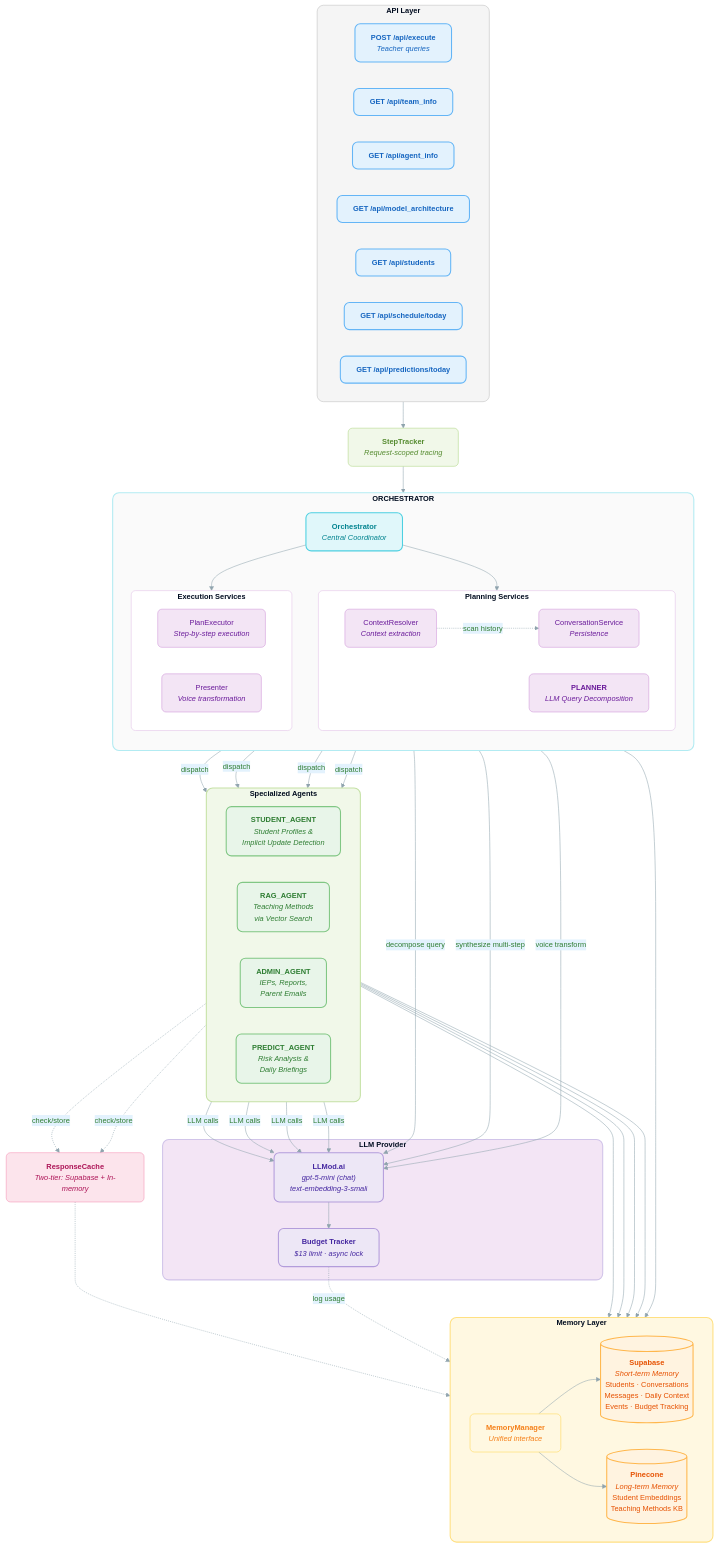
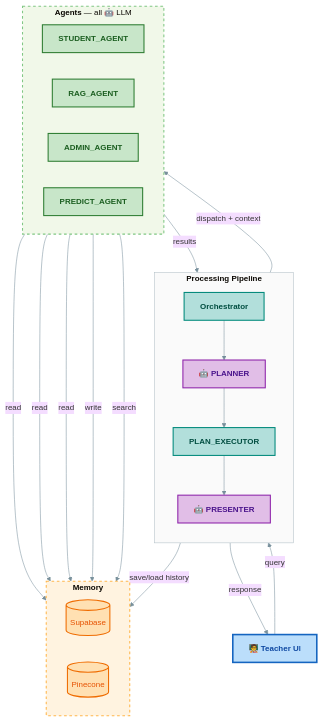
The diagram in static/architecture.mmd (Maya1807/co_teacher), drawn with Mermaid before and after one commit. The commit also changed 9 other files, not shown here.

First line of the commit message:
Refactor module names, fix architecture diagram, update README

```diff
--- a/static/architecture.mmd
+++ b/static/architecture.mmd
@@ -1,146 +1,70 @@
 %%{init: {
   'theme': 'base',
   'themeVariables': {
     'background': '#FFFFFF',
-    'primaryColor': '#E8F5E9',
-    'primaryTextColor': '#2E7D32',
-    'primaryBorderColor': '#A5D6A7',
-    'lineColor': '#90A4AE',
-    'secondaryColor': '#E3F2FD',
-    'tertiaryColor': '#FFF3E0',
+    'lineColor': '#78909C',
     'fontFamily': 'Inter, -apple-system, sans-serif',
-    'fontSize': '14px'
+    'fontSize': '15px'
   }
 }}%%
 
 flowchart TB
-    %% API Layer
-    subgraph API["<b>API Layer</b>"]
-        direction LR
-        Execute["<b>POST /api/execute</b><br/><i>Teacher queries</i>"]
-        TeamInfo["<b>GET /api/team_info</b>"]
-        AgentInfo["<b>GET /api/agent_info</b>"]
-        ModelArch["<b>GET /api/model_architecture</b>"]
-        Students["<b>GET /api/students</b>"]
-        Schedule["<b>GET /api/schedule/today</b>"]
-        Predictions["<b>GET /api/predictions/today</b>"]
+    UI["🧑‍🏫 <b>Teacher UI</b>"]
+
+    subgraph PIPELINE["<b>Processing Pipeline</b>"]
+        direction TB
+        ORCH["<b>Orchestrator</b>"]
+        PLAN["🤖 <b>PLANNER</b>"]
+        EXEC["<b>PLAN_EXECUTOR</b>"]
+        PRES["🤖 <b>PRESENTER</b>"]
     end
 
-    %% Step Tracker
-    TRACKER["<b>StepTracker</b><br/><i>Request-scoped tracing</i>"]
-
-    %% Orchestrator
-    subgraph ORCH["<b>ORCHESTRATOR</b>"]
-        direction TB
-        ORC_MAIN["<b>Orchestrator</b><br/><i>Central Coordinator</i>"]
-
-        subgraph Services["<b>Planning Services</b>"]
-            direction LR
-            CONV["ConversationService<br/><i>Persistence</i>"]
-            CTX["ContextResolver<br/><i>Context extraction</i>"]
-            PLANNER["<b>PLANNER</b><br/><i>LLM Query Decomposition</i>"]
-        end
-
-        subgraph Services2["<b>Execution Services</b>"]
-            direction LR
-            PLANEXEC["PlanExecutor<br/><i>Step-by-step execution</i>"]
-            PRES["Presenter<br/><i>Voice transformation</i>"]
-        end
+    subgraph AGENTS["<b>Agents</b> — all 🤖 LLM"]
+        direction LR
+        SA["<b>STUDENT_AGENT</b>"]
+        RA["<b>RAG_AGENT</b>"]
+        AA["<b>ADMIN_AGENT</b>"]
+        PA["<b>PREDICT_AGENT</b>"]
     end
 
-    %% Agents
-    subgraph Agents["<b>Specialized Agents</b>"]
+    subgraph MEMORY["<b>Memory</b>"]
         direction LR
-        SA["<b>STUDENT_AGENT</b><br/><i>Student Profiles &amp;<br/>Implicit Update Detection</i>"]
-        RA["<b>RAG_AGENT</b><br/><i>Teaching Methods<br/>via Vector Search</i>"]
-        AA["<b>ADMIN_AGENT</b><br/><i>IEPs, Reports,<br/>Parent Emails</i>"]
-        PA["<b>PREDICT_AGENT</b><br/><i>Risk Analysis &amp;<br/>Daily Briefings</i>"]
+        SB[("Supabase")]
+        PC[("Pinecone")]
     end
 
-    %% Cache
-    CACHE["<b>ResponseCache</b><br/><i>Two-tier: Supabase + In-memory</i>"]
+    %% Main pipeline flow
+    UI -->|"query"| ORCH
+    ORCH --> PLAN
+    PLAN --> EXEC
+    EXEC --> PRES
+    PRES -->|"response"| UI
 
-    %% Memory
-    subgraph Memory["<b>Memory Layer</b>"]
-        direction TB
-        MM["<b>MemoryManager</b><br/><i>Unified interface</i>"]
-        direction LR
-        SB[("<b>Supabase</b><br/><i>Short-term Memory</i><br/>Students · Conversations<br/>Messages · Daily Context<br/>Events · Budget Tracking")]
-        PC[("<b>Pinecone</b><br/><i>Long-term Memory</i><br/>Student Embeddings<br/>Teaching Methods KB")]
-    end
+    %% Agent dispatch and results back to executor
+    EXEC -->|"dispatch + context"| AGENTS
+    AGENTS -->|"results"| EXEC
 
-    %% LLM
-    subgraph LLM["<b>LLM Provider</b>"]
-        LLMOD["<b>LLMod.ai</b><br/><i>gpt-5-mini (chat)</i><br/><i>text-embedding-3-small</i>"]
-        BUDGET["<b>Budget Tracker</b><br/><i>$13 limit · async lock</i>"]
-    end
+    %% Agents read from memory
+    SA & AA & PA -->|"read"| SB
+    SA -->|"write"| SB
+    RA -->|"search"| PC
 
-    %% Main flow
-    Execute --> TRACKER
-    TRACKER --> ORC_MAIN
+    %% Orchestrator persists conversations
+    ORCH -->|"save/load history"| SB
 
-    %% Orchestrator internal flow
-    ORC_MAIN --> Services
-    ORC_MAIN --> Services2
+    %% Styling
+    classDef llm fill:#E1BEE7,stroke:#8E24AA,stroke-width:2px,color:#4A148C
+    classDef noLlm fill:#B2DFDB,stroke:#00897B,stroke-width:2px,color:#004D40
+    classDef agent fill:#C8E6C9,stroke:#2E7D32,stroke-width:2px,color:#1B5E20
+    classDef mem fill:#FFE0B2,stroke:#EF6C00,stroke-width:2px,color:#E65100
+    classDef ui fill:#BBDEFB,stroke:#1565C0,stroke-width:3px,color:#0D47A1
 
-    %% Planning flow
-    CONV --> SB
-    CTX -.->|"scan history"| CONV
-    PLANNER -->|"decompose query"| LLMOD
+    class PLAN,PRES llm
+    class ORCH,EXEC noLlm
+    class SA,RA,AA,PA agent
+    class SB,PC mem
+    class UI ui
 
-    %% Execution flow
-    PLANEXEC -->|"dispatch"| SA & RA & AA & PA
-    PLANEXEC -->|"synthesize multi-step"| LLMOD
-    PRES -->|"voice transform"| LLMOD
-
-    %% Agent to memory
-    SA --> MM
-    RA --> MM
-    AA --> MM
-    PA --> MM
-
-    %% Memory manager to stores
-    MM --> SB
-    MM --> PC
-
-    %% Cache connections
-    RA -.->|"check/store"| CACHE
-    AA -.->|"check/store"| CACHE
-    CACHE -.-> SB
-
-    %% Agents to LLM
-    SA & RA & AA & PA -->|"LLM calls"| LLMOD
-    LLMOD --> BUDGET
-
-    %% Budget logging
-    BUDGET -.->|"log usage"| SB
-
-    %% Styling - Pastel colors with white background
-    classDef apiStyle fill:#E3F2FD,stroke:#64B5F6,stroke-width:2px,color:#1565C0,rx:10
-    classDef orchStyle fill:#E0F7FA,stroke:#4DD0E1,stroke-width:2px,color:#00838F,rx:10
-    classDef serviceStyle fill:#F3E5F5,stroke:#CE93D8,stroke-width:1px,color:#6A1B9A,rx:8
-    classDef agentStyle fill:#E8F5E9,stroke:#81C784,stroke-width:2px,color:#2E7D32,rx:10
-    classDef memoryStyle fill:#FFF3E0,stroke:#FFB74D,stroke-width:2px,color:#E65100,rx:10
-    classDef llmStyle fill:#EDE7F6,stroke:#B39DDB,stroke-width:2px,color:#4527A0,rx:10
-    classDef cacheStyle fill:#FCE4EC,stroke:#F48FB1,stroke-width:1px,color:#AD1457,rx:8
-    classDef trackerStyle fill:#F1F8E9,stroke:#AED581,stroke-width:1px,color:#558B2F,rx:8
-    classDef mmStyle fill:#FFF8E1,stroke:#FFD54F,stroke-width:1px,color:#F57F17,rx:8
-
-    class Execute,TeamInfo,AgentInfo,ModelArch,Students,Schedule,Predictions apiStyle
-    class ORC_MAIN orchStyle
-    class CONV,CTX,PLANNER,PLANEXEC,PRES serviceStyle
-    class SA,RA,AA,PA agentStyle
-    class SB,PC memoryStyle
-    class LLMOD,BUDGET llmStyle
-    class CACHE cacheStyle
-    class TRACKER trackerStyle
-    class MM mmStyle
-
-    %% Subgraph styling
-    style API fill:#F5F5F5,stroke:#BDBDBD,stroke-width:1px,rx:12
-    style ORCH fill:#FAFAFA,stroke:#B2EBF2,stroke-width:2px,rx:12
-    style Services fill:#FFFFFF,stroke:#E1BEE7,stroke-width:1px,rx:8
-    style Services2 fill:#FFFFFF,stroke:#E1BEE7,stroke-width:1px,rx:8
-    style Agents fill:#F1F8E9,stroke:#C5E1A5,stroke-width:2px,rx:12
-    style Memory fill:#FFF8E1,stroke:#FFE082,stroke-width:2px,rx:12
-    style LLM fill:#F3E5F5,stroke:#D1C4E9,stroke-width:2px,rx:12
+    style PIPELINE fill:#FAFAFA,stroke:#B0BEC5,stroke-width:1px
+    style AGENTS fill:#F1F8E9,stroke:#81C784,stroke-width:2px,stroke-dasharray:5 5
+    style MEMORY fill:#FFF3E0,stroke:#FFB74D,stroke-width:2px,stroke-dasharray:5 5
```
